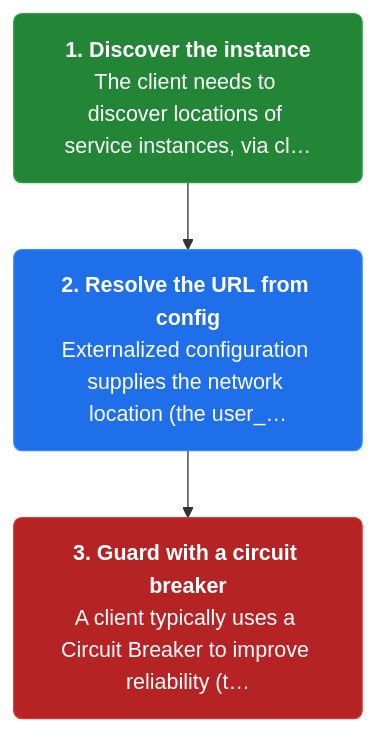
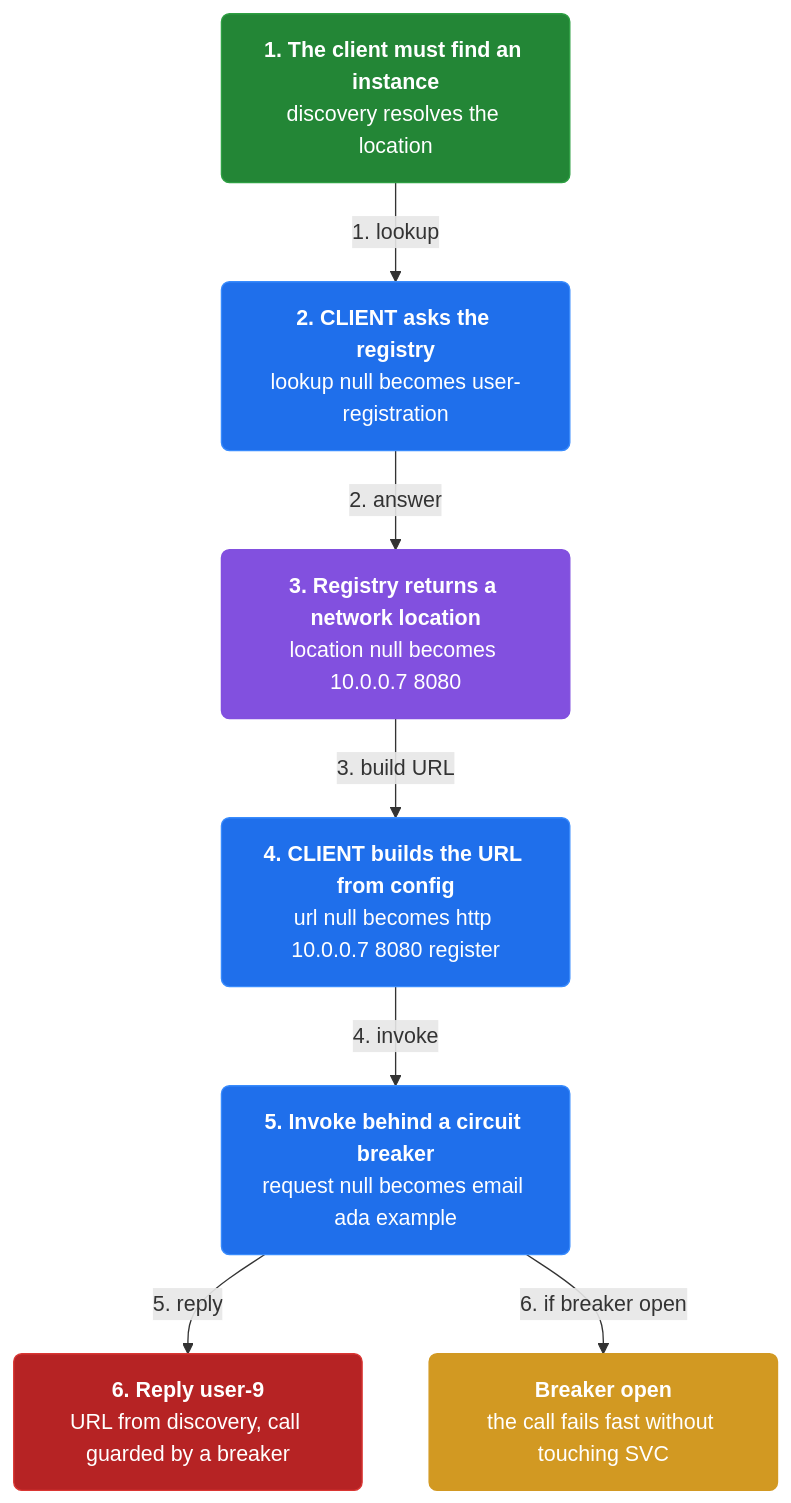
Before and after one commit to vinayakuber/microservices-io-study-guide: the fourth of 4 diagrams in docs/ch06-remote-procedure-invocation.md, drawn with Mermaid. The commit also changed other lines of this file and 46 other files, not shown here.

First line of the commit message:
Author rich branching flow diagrams for all 44 chapters

````diff
--- a/docs/ch06-remote-procedure-invocation.md
+++ b/docs/ch06-remote-procedure-invocation.md
@@ -134,11 +173,21 @@
 ```mermaid
 flowchart TD
-  classDef step fill:#1f6feb,color:#ffffff,stroke:#388bfd,stroke-width:1px,rx:6
+  classDef step fill:#1f6feb,color:#ffffff,stroke:#388bfd,rx:6
+  classDef core fill:#8250df,color:#ffffff,stroke:#8250df,rx:6
+  classDef warn fill:#d29922,color:#ffffff,stroke:#d29922,rx:6
   classDef start fill:#238636,color:#ffffff,stroke:#2ea043,rx:6
   classDef stop fill:#b62324,color:#ffffff,stroke:#da3633,rx:6
-  s3n0["<b>1. Discover the instance</b><br/>The client needs to discover locations of service instances, via cl…"]:::start
-  s3n1["<b>2. Resolve the URL from config</b><br/>Externalized configuration supplies the network location (the user_…"]:::step
-  s3n2["<b>3. Guard with a circuit breaker</b><br/>A client typically uses a Circuit Breaker to improve reliability (t…"]:::stop
-  s3n0 --> s3n1
-  s3n1 --> s3n2
+  n0["<b>1. The client must find an instance</b><br/>discovery resolves the location"]:::start
+  n1["<b>2. CLIENT asks the registry</b><br/>lookup null becomes user-registration"]:::step
+  n2["<b>3. Registry returns a network location</b><br/>location null becomes 10.0.0.7 8080"]:::core
+  n3["<b>4. CLIENT builds the URL from config</b><br/>url null becomes http 10.0.0.7 8080 register"]:::step
+  n4["<b>5. Invoke behind a circuit breaker</b><br/>request null becomes email ada example"]:::step
+  n5["<b>6. Reply user-9</b><br/>URL from discovery, call guarded by a breaker"]:::stop
+  n6["<b>Breaker open</b><br/>the call fails fast without touching SVC"]:::warn
+  n0 -->|"1. lookup"| n1
+  n1 -->|"2. answer"| n2
+  n2 -->|"3. build URL"| n3
+  n3 -->|"4. invoke"| n4
+  n4 -->|"5. reply"| n5
+  n4 -->|"6. if breaker open"| n6
 ```
````
